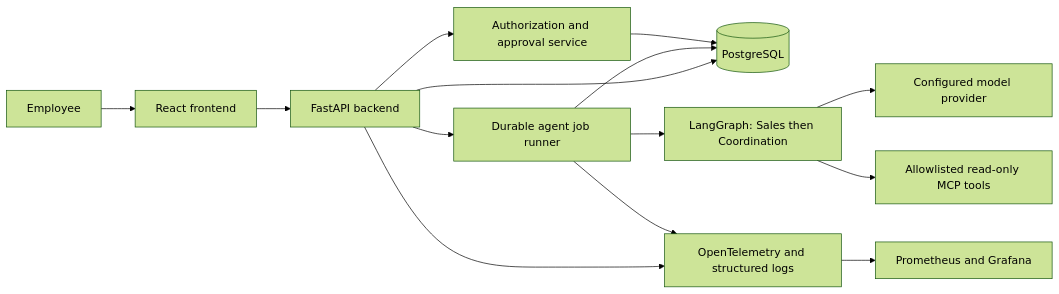
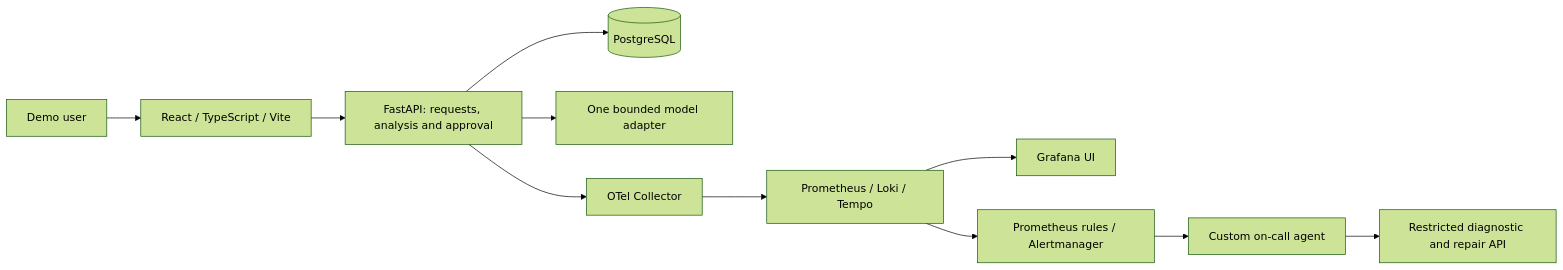
The diagram in README.md (chakirou18/AI-OfficeFlow), drawn with Mermaid (forest theme) before and after one commit. The commit also changed other lines of this file and 20 other files, not shown here.

````diff
--- a/README.md
+++ b/README.md
@@ -36,16 +26,13 @@
 ```mermaid
 flowchart LR
-    Employee[Employee] --> UI[React frontend]
-    UI --> API[FastAPI backend]
+    User[Demo user] --> UI[React / TypeScript / Vite]
+    UI --> API[FastAPI: requests, analysis and approval]
     API --> DB[(PostgreSQL)]
-    API --> Runner[Durable agent job runner]
-    Runner --> Graph[LangGraph: Sales then Coordination]
-    Graph --> Model[Configured model provider]
-    Graph --> MCP[Allowlisted read-only MCP tools]
-    Runner --> DB
-    API --> Approval[Authorization and approval service]
-    Approval --> DB
-    API --> Telemetry[OpenTelemetry and structured logs]
-    Runner --> Telemetry
-    Telemetry --> Monitoring[Prometheus and Grafana]
+    API --> Model[One bounded model adapter]
+    API --> Telemetry[OTel Collector]
+    Telemetry --> Stores[Prometheus / Loki / Tempo]
+    Stores --> Grafana[Grafana UI]
+    Stores --> Alerts[Prometheus rules / Alertmanager]
+    Alerts --> OnCall[Custom on-call agent]
+    OnCall --> Ops[Restricted diagnostic and repair API]
 ```
````
